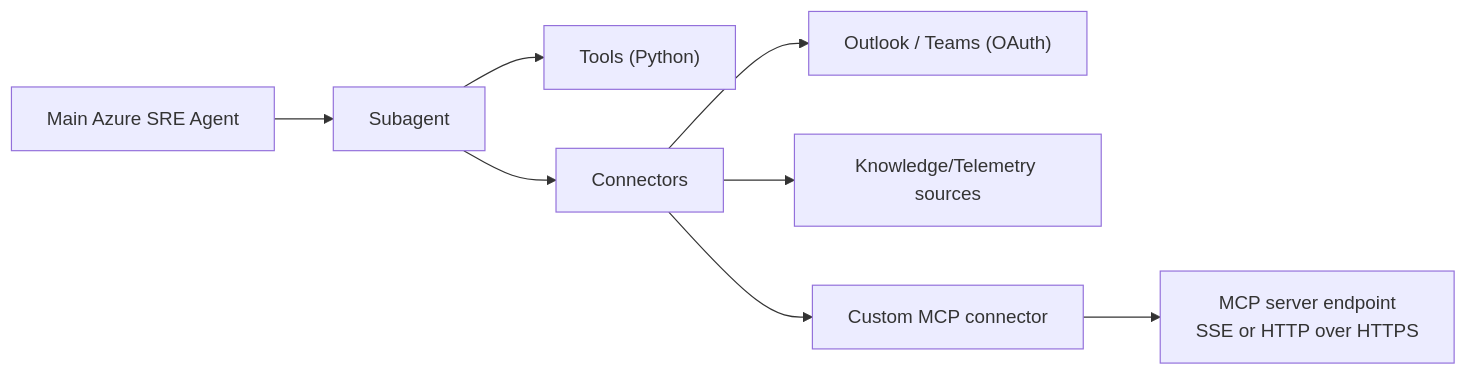
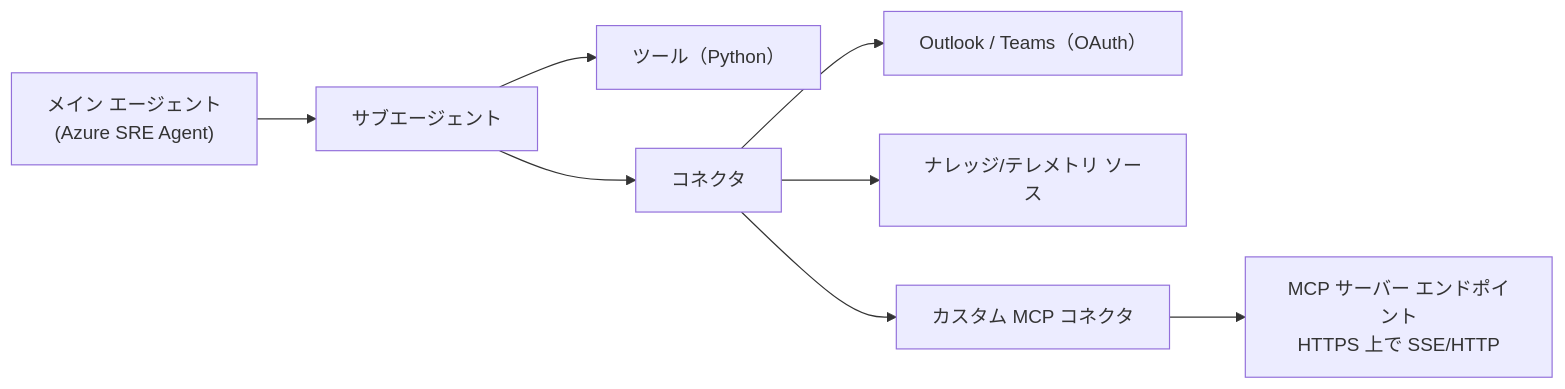
Before and after one commit to TakumiSeo/Tech-BLOG: the ninth of 12 diagrams in content/posts/ja-jp/sre-agent-planning.md, drawn with Mermaid. The commit also changed other lines of this file, not shown here.

Commit message:
sre modify2

````diff
--- a/content/posts/ja-jp/sre-agent-planning.md
+++ b/content/posts/ja-jp/sre-agent-planning.md
@@ -515,10 +515,10 @@
 ```mermaid
 flowchart LR
-  Main["Main Azure SRE Agent"] --> Sub["Subagent"]
-  Sub --> Tools["Tools (Python)"]
-  Sub --> Conn["Connectors"]
-  Conn --> Outlook["Outlook / Teams (OAuth)"]
-  Conn --> Telemetry["Knowledge/Telemetry sources"]
-  Conn --> MCP["Custom MCP connector"]
-  MCP --> Server["MCP server endpoint\nSSE or HTTP over HTTPS"]
+  Main["メイン エージェント\n(Azure SRE Agent)"] --> Sub["サブエージェント"]
+  Sub --> Tools["ツール（Python）"]
+  Sub --> Conn["コネクタ"]
+  Conn --> Outlook["Outlook / Teams（OAuth）"]
+  Conn --> Telemetry["ナレッジ/テレメトリ ソース"]
+  Conn --> MCP["カスタム MCP コネクタ"]
+  MCP --> Server["MCP サーバー エンドポイント\nHTTPS 上で SSE/HTTP"]
 ```
````
